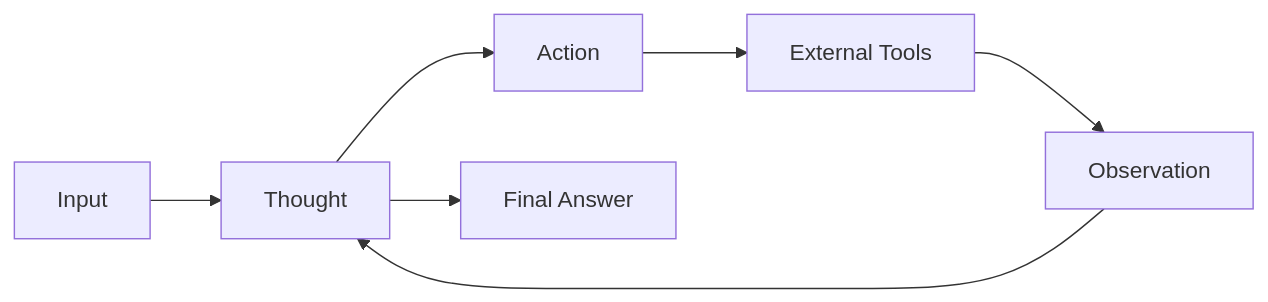
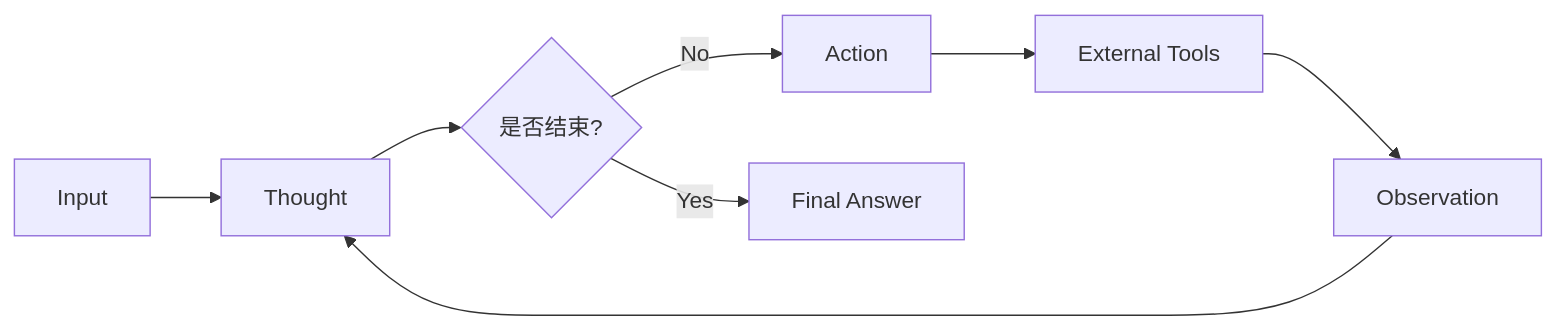
The third of 8 diagrams in source/_posts/AI-Agent-Design-Patterns-Comprehensive-Guide.md (silenceboychen/blog), drawn with Mermaid before and after one commit. The commit also changed other lines of this file, not shown here.

````diff
--- a/source/_posts/AI-Agent-Design-Patterns-Comprehensive-Guide.md
+++ b/source/_posts/AI-Agent-Design-Patterns-Comprehensive-Guide.md
@@ -30,9 +166,10 @@
 ```mermaid
 graph LR
     Input --> Thought
-    Thought --> Action
+    Thought --> Decision{是否结束?}
+    Decision -- No --> Action
     Action --> Tool[External Tools]
     Tool --> Observation
     Observation --> Thought
-    Thought --> Answer[Final Answer]
+    Decision -- Yes --> Answer[Final Answer]
 ```
````
